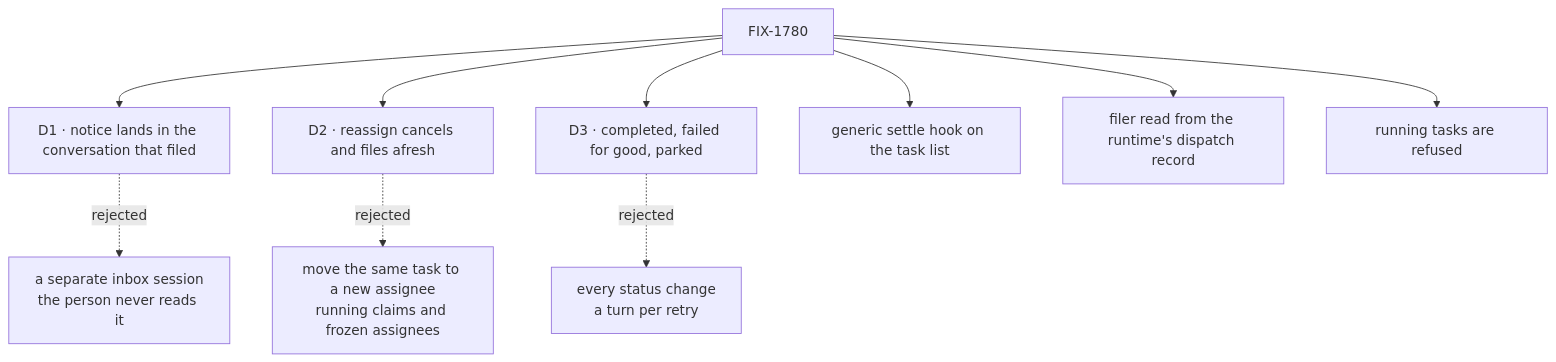
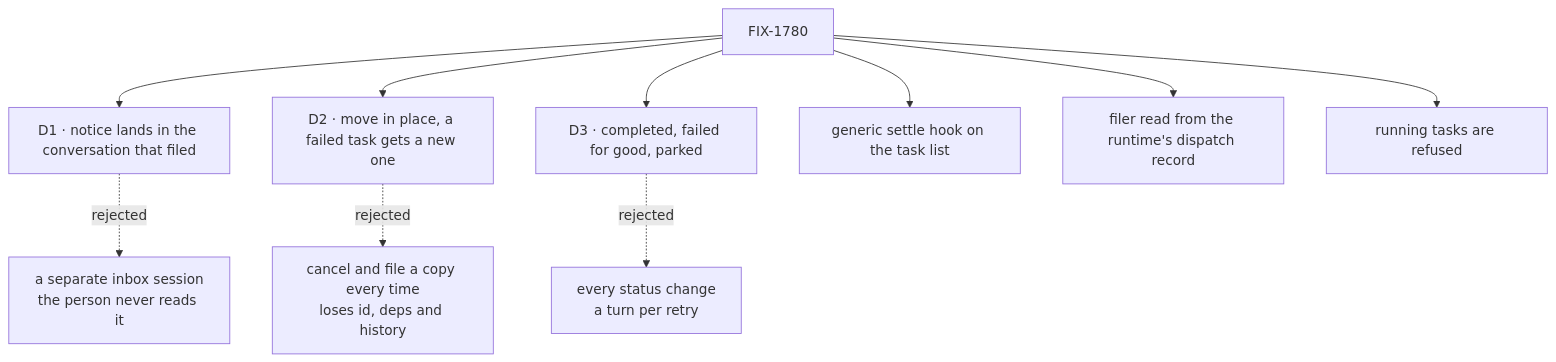
The diagram in specs/issues/FIX-1780/DECISIONS.md (fixpoint-labs/flow-state-dev), drawn with Mermaid before and after one commit. The commit also changed other lines of this file and 5 other files, not shown here.

First line of the commit message:
spec(FIX-1780): reassign moves a waiting task in place; only a failed task gets a copy

````diff
--- a/specs/issues/FIX-1780/DECISIONS.md
+++ b/specs/issues/FIX-1780/DECISIONS.md
@@ -10,12 +10,12 @@
 ```mermaid
 flowchart TD
   I["FIX-1780"] --> D1["D1 · notice lands in the conversation that filed"]
   D1 -.->|"rejected"| X1["a separate inbox session<br/>the person never reads it"]
-  I --> D2["D2 · reassign cancels and files afresh"]
-  D2 -.->|"rejected"| X2["move the same task to a new assignee<br/>running claims and frozen assignees"]
+  I --> D2["D2 · move in place, a failed task gets a new one"]
+  D2 -.->|"rejected"| X2["cancel and file a copy every time<br/>loses id, deps and history"]
   I --> D3["D3 · completed, failed for good, parked"]
   D3 -.->|"rejected"| X3["every status change<br/>a turn per retry"]
   I --> E1["generic settle hook on the task list"]
   I --> E2["filer read from the runtime's dispatch record"]
   I --> E3["running tasks are refused"]
 ```
````
